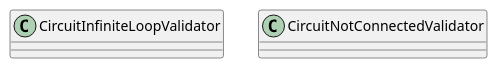
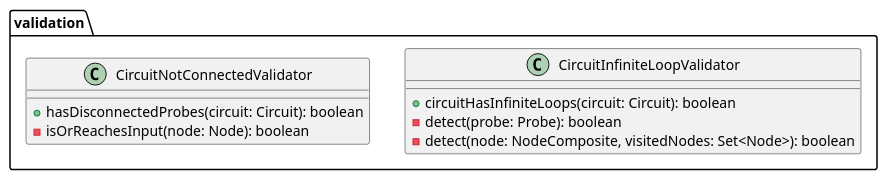
One commit to stevenliebregt/avans-dp1-sirkwie changed the diagram in docs/diagrams/dkd-core-validation.puml. Above: the diagram before and after it, drawn with PlantUML. The commit also changed 30 other files, not shown here.

```diff
--- a/docs/diagrams/dkd-core-validation.puml
+++ b/docs/diagrams/dkd-core-validation.puml
@@ -1,11 +1,16 @@
 @startuml
 
-class CircuitInfiniteLoopValidator {
+package validation {
+    class CircuitInfiniteLoopValidator {
+        +circuitHasInfiniteLoops(circuit: Circuit): boolean
+        -detect(probe: Probe): boolean
+        -detect(node: NodeComposite, visitedNodes: Set<Node>): boolean
+    }
 
-}
-
-class CircuitNotConnectedValidator {
-
+    class CircuitNotConnectedValidator {
+        +hasDisconnectedProbes(circuit: Circuit): boolean
+        -isOrReachesInput(node: Node): boolean
+    }
 }
 
 @enduml
```
